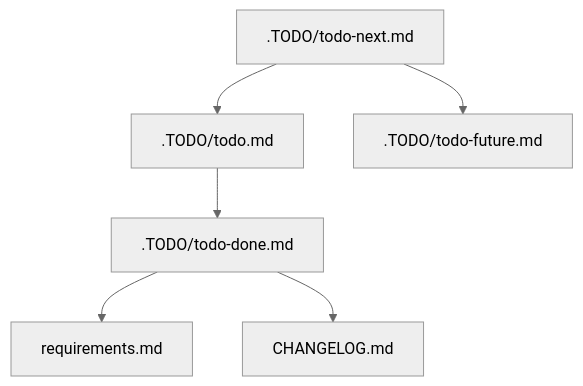
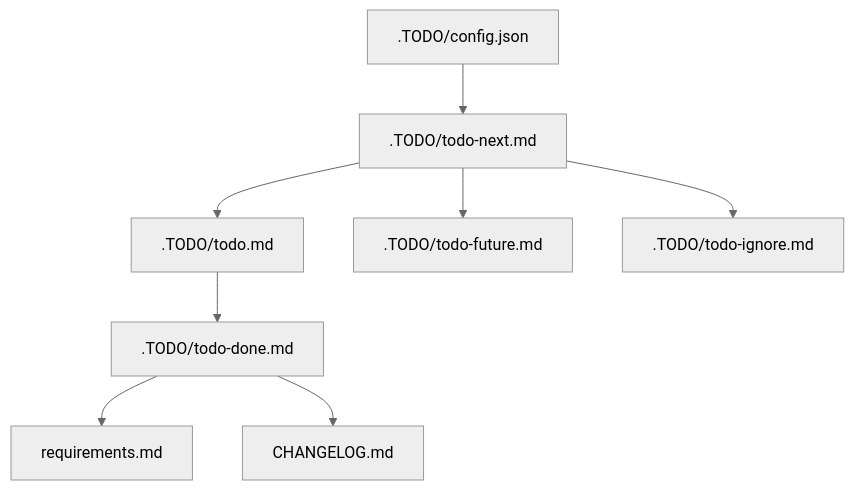
One commit to Nexthood/useclevr-production-2026 changed the diagram in docs/Developer_Guides/TODO_MANAGEMENT.md. Above: the diagram before and after it, drawn with Mermaid (neutral theme). The commit also changed other lines of this file and 43 other files, not shown here.

````diff
--- a/docs/Developer_Guides/TODO_MANAGEMENT.md
+++ b/docs/Developer_Guides/TODO_MANAGEMENT.md
@@ -16,8 +18,10 @@
 ```mermaid
 flowchart TD
-  Backlog[.TODO/todo-next.md] --> Active[.TODO/todo.md]
+  Config[.TODO/config.json] --> Next[.TODO/todo-next.md]
+  Next --> Active[.TODO/todo.md]
   Active --> Done[.TODO/todo-done.md]
   Done --> Requirements[requirements.md]
   Done --> Changelog[CHANGELOG.md]
-  Backlog --> Future[.TODO/todo-future.md]
+  Next --> Future[.TODO/todo-future.md]
+  Next --> Ignore[.TODO/todo-ignore.md]
 ```
````
